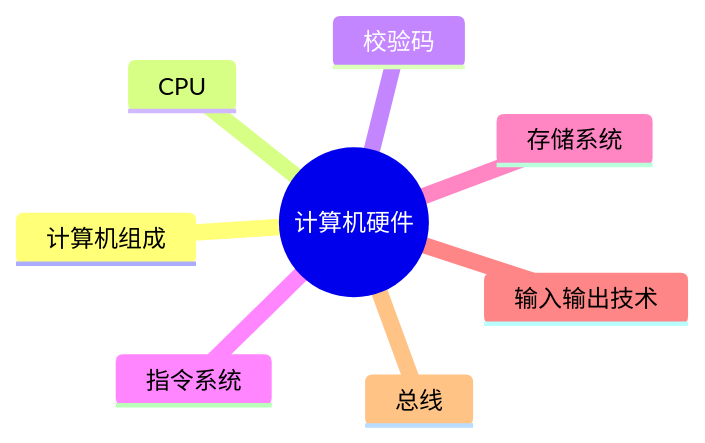
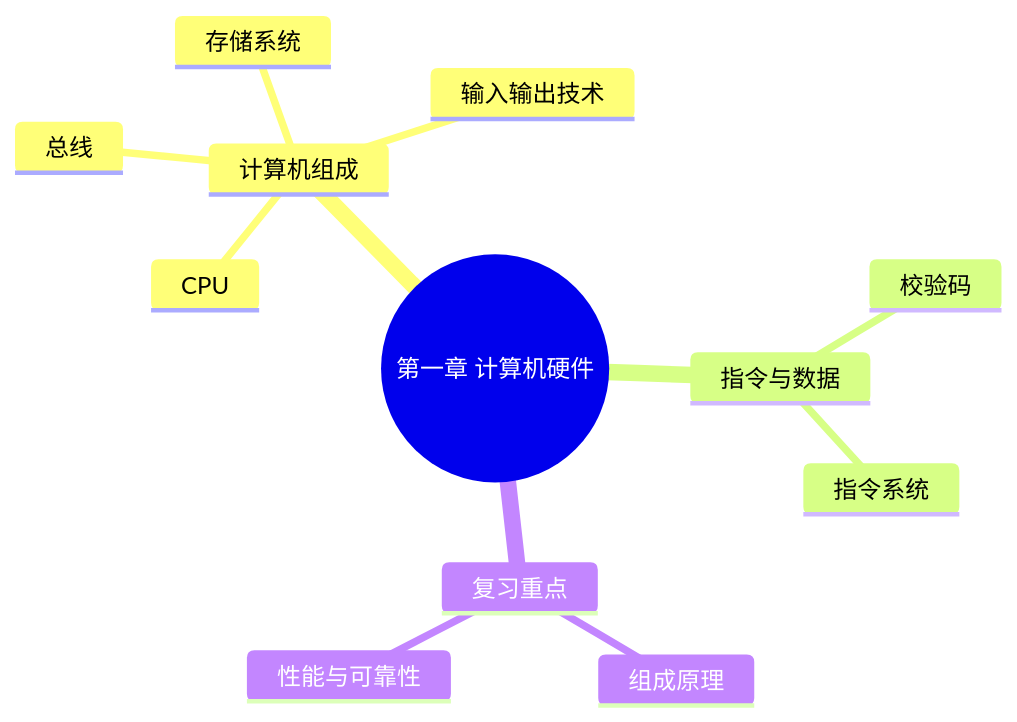
One commit to skylonely/sgao-website changed the diagram in docs/ruankao/system-architect/chapters/11-summary.md. Above: the diagram before and after it, drawn with Mermaid. The commit also changed 39 other files, not shown here.

Commit message:
fix: Mermaid 思维导图

````diff
--- a/docs/ruankao/system-architect/chapters/11-summary.md
+++ b/docs/ruankao/system-architect/chapters/11-summary.md
@@ -23,11 +23,15 @@
 ```mermaid
 mindmap
-  root((计算机硬件))
+  root((第一章 计算机硬件))
     计算机组成
-    CPU
-    校验码
-    指令系统
-    存储系统
-    输入输出技术
-    总线
+      CPU
+      存储系统
+      输入输出技术
+      总线
+    指令与数据
+      校验码
+      指令系统
+    复习重点
+      组成原理
+      性能与可靠性
 ```
````
